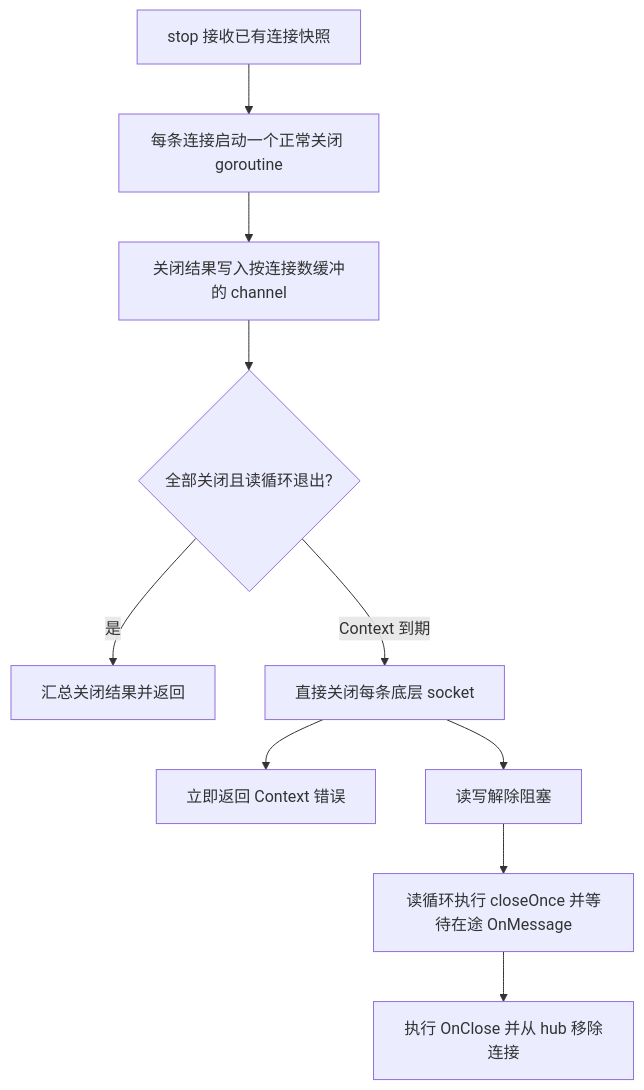
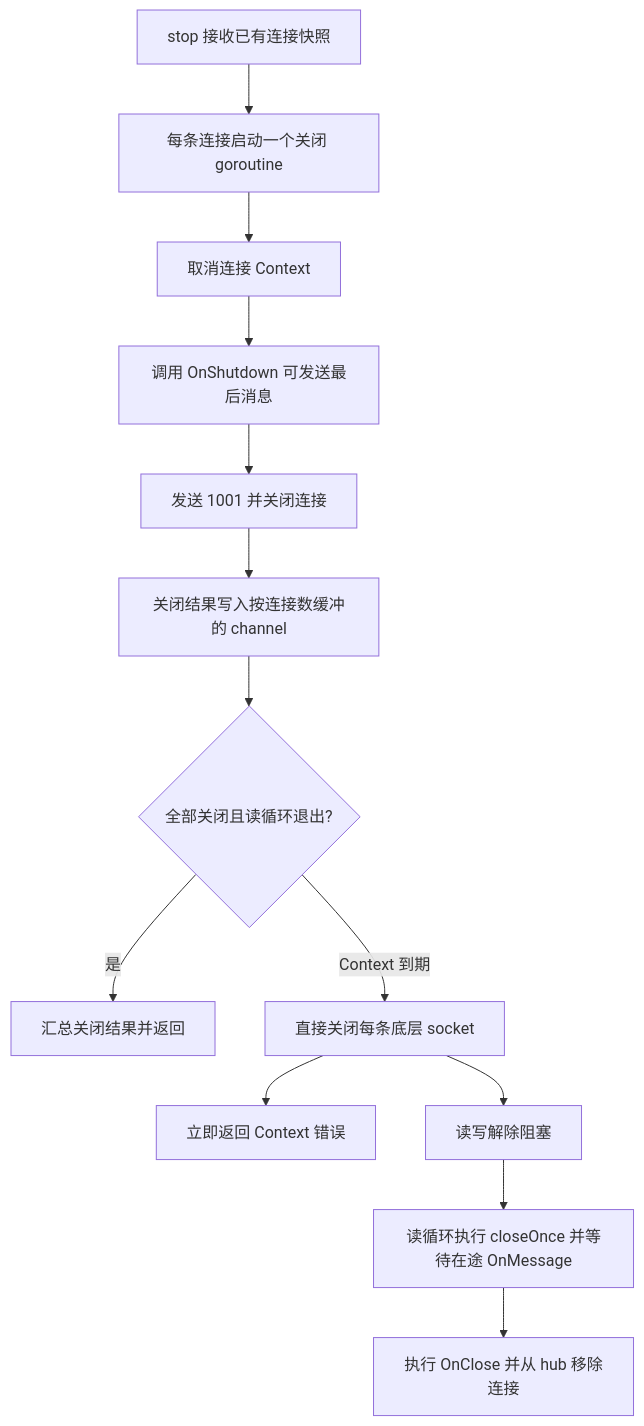
The seventh of 11 diagrams in pkg/server/README.md (jaggerzhuang1994/kratos-foundation), drawn with Mermaid before and after one commit. The commit also changed other lines of this file and 9 other files, not shown here.

````diff
--- a/pkg/server/README.md
+++ b/pkg/server/README.md
@@ -378,12 +378,15 @@
 ```mermaid
 flowchart TD
-    A[stop 接收已有连接快照] --> B[每条连接启动一个正常关闭 goroutine]
-    B --> C[关闭结果写入按连接数缓冲的 channel]
+    A[stop 接收已有连接快照] --> B[每条连接启动一个关闭 goroutine]
+    B --> B1[取消连接 Context]
+    B1 --> B2[调用 OnShutdown 可发送最后消息]
+    B2 --> B3[发送 1001 并关闭连接]
+    B3 --> C[关闭结果写入按连接数缓冲的 channel]
     C --> D{全部关闭且读循环退出?}
     D -->|是| E[汇总关闭结果并返回]
     D -->|Context 到期| F[直接关闭每条底层 socket]
     F --> G[立即返回 Context 错误]
     F --> H[读写解除阻塞]
     H --> I[读循环执行 closeOnce 并等待在途 OnMessage]
     I --> J[执行 OnClose 并从 hub 移除连接]
 ```
````
